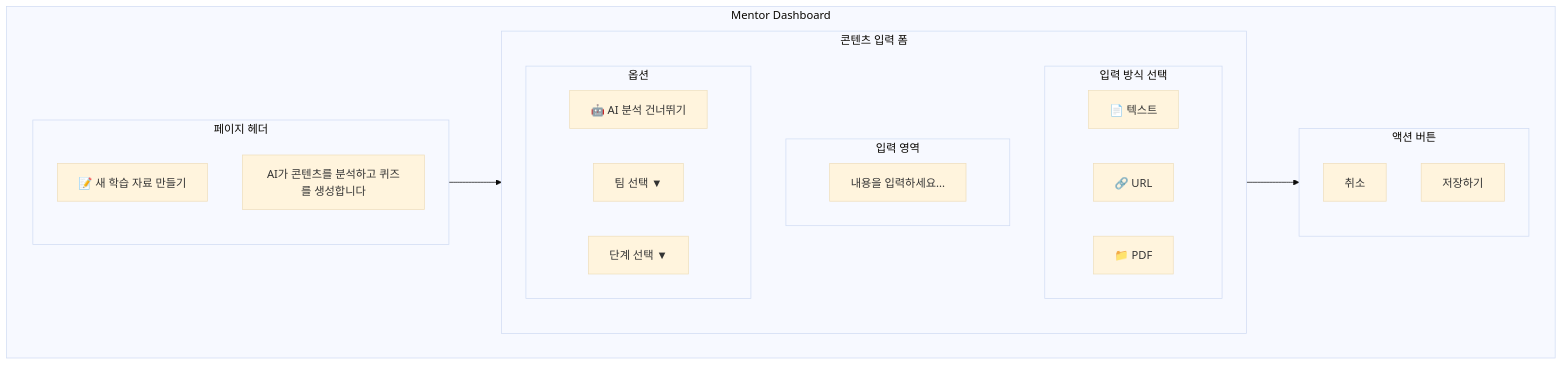
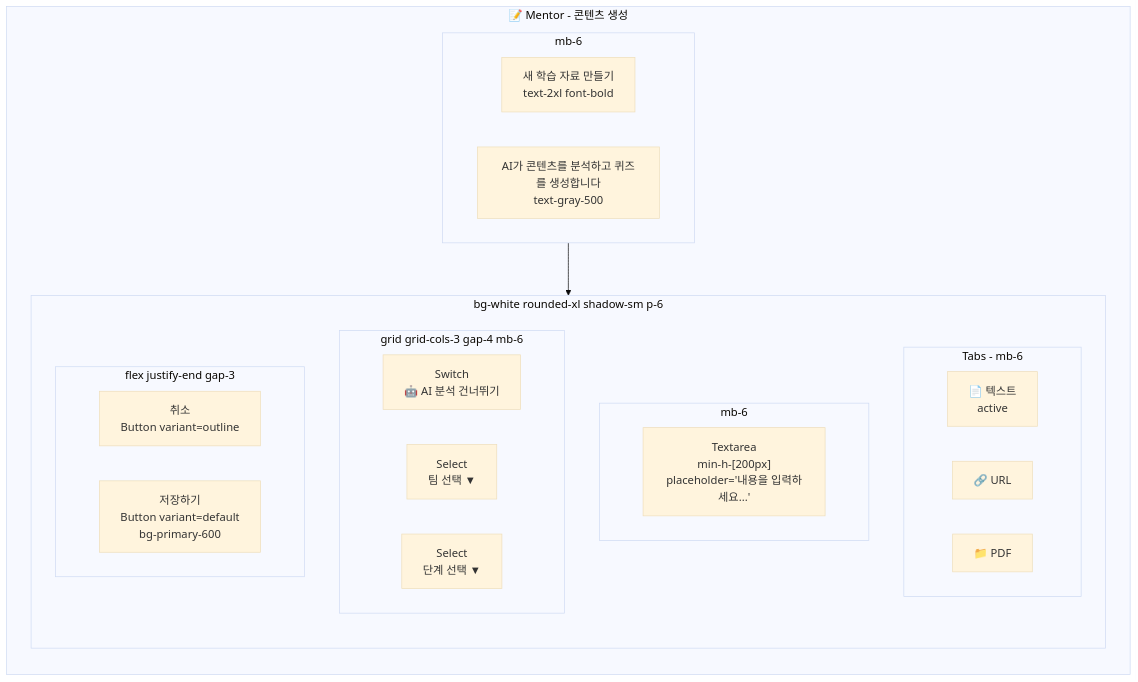
One commit to garimto81/ggp-ojt-v2 changed the eighth of 13 diagrams in tasks/prds/PRD-0015-ui-redesign-shadcn.md. Above: the diagram before and after it, drawn with Mermaid (base theme). The commit also changed other lines of this file, not shown here.

First line of the commit message:
docs(prd): PRD-0015 컬러 톤앤매너 + 세로 워크플로우 추가

````diff
--- a/tasks/prds/PRD-0015-ui-redesign-shadcn.md
+++ b/tasks/prds/PRD-0015-ui-redesign-shadcn.md
@@ -242,34 +487,38 @@
 ```mermaid
 graph TB
-    subgraph MentorDash["Mentor Dashboard"]
-        subgraph Header["페이지 헤더"]
-            Title["📝 새 학습 자료 만들기"]
-            Subtitle["AI가 콘텐츠를 분석하고 퀴즈를 생성합니다"]
+    subgraph MentorCreate["📝 Mentor - 콘텐츠 생성"]
+        direction TB
+
+        subgraph PageHeader["mb-6"]
+            Title["새 학습 자료 만들기<br/>text-2xl font-bold"]
+            Subtitle["AI가 콘텐츠를 분석하고 퀴즈를 생성합니다<br/>text-gray-500"]
         end
 
-        subgraph Form["콘텐츠 입력 폼"]
-            subgraph InputType["입력 방식 선택"]
-                Tab1["📄 텍스트"]
-                Tab2["🔗 URL"]
-                Tab3["📁 PDF"]
+        subgraph FormCard["bg-white rounded-xl shadow-sm p-6"]
+            direction TB
+
+            subgraph InputTabs["Tabs - mb-6"]
+                T1["📄 텍스트<br/>active"]
+                T2["🔗 URL"]
+                T3["📁 PDF"]
             end
 
-            subgraph InputArea["입력 영역"]
-                Textarea["내용을 입력하세요..."]
+            subgraph InputArea["mb-6"]
+                Textarea["Textarea<br/>min-h-[200px]<br/>placeholder='내용을 입력하세요...'"]
             end
 
-            subgraph Options["옵션"]
-                Toggle["🤖 AI 분석 건너뛰기"]
-                Team["팀 선택 ▼"]
-                Step["단계 선택 ▼"]
+            subgraph Options["grid grid-cols-3 gap-4 mb-6"]
+                Toggle["Switch<br/>🤖 AI 분석 건너뛰기"]
+                TeamSelect["Select<br/>팀 선택 ▼"]
+                StepSelect["Select<br/>단계 선택 ▼"]
             end
-        end
 
-        subgraph Actions["액션 버튼"]
-            Cancel["취소"]
-            Save["저장하기"]
+            subgraph Actions["flex justify-end gap-3"]
+                CancelBtn["취소<br/>Button variant=outline"]
+                SaveBtn["저장하기<br/>Button variant=default<br/>bg-primary-600"]
+            end
         end
     end
 
-    Header --> Form --> Actions
+    PageHeader --> FormCard
 ```
````
